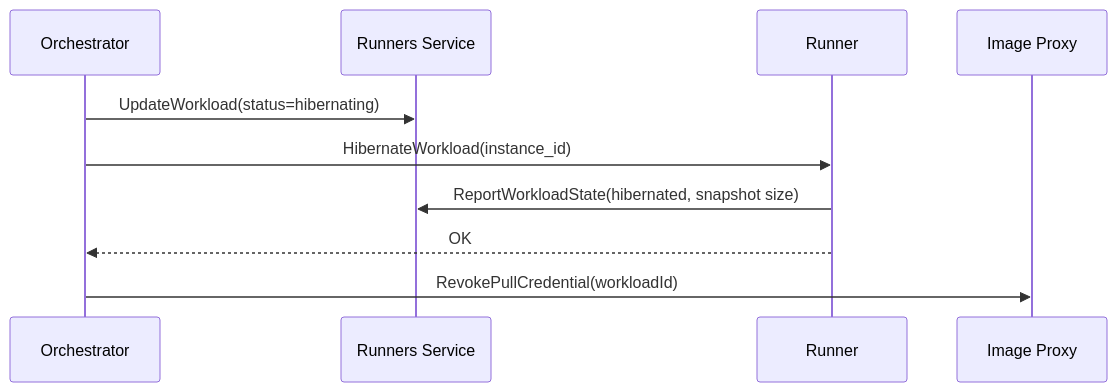
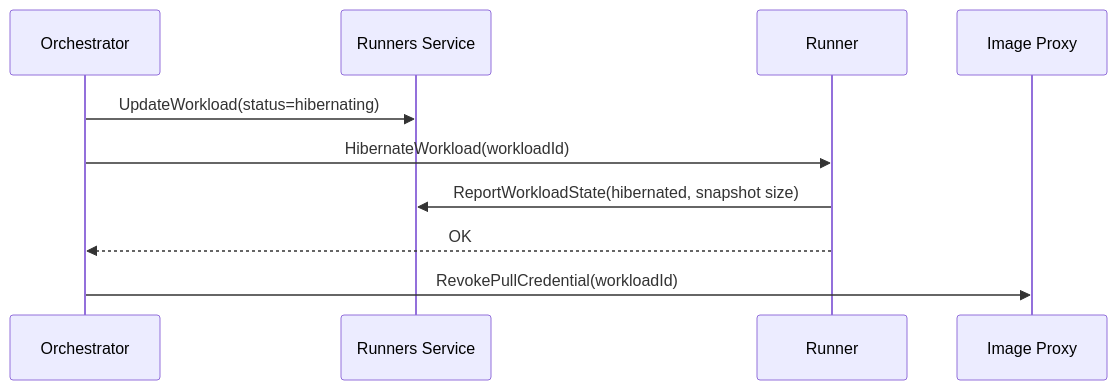
The fourth of 6 diagrams in architecture/agents-orchestrator.md (agynio/architecture), drawn with Mermaid before and after one commit. The commit also changed other lines of this file and 4 other files, not shown here.

````diff
--- a/architecture/agents-orchestrator.md
+++ b/architecture/agents-orchestrator.md
@@ -309,13 +310,13 @@
 ```mermaid
 sequenceDiagram
     participant O as Orchestrator
     participant RS as Runners Service
     participant R as Runner
     participant IP as Image Proxy
 
     O->>RS: UpdateWorkload(status=hibernating)
-    O->>R: HibernateWorkload(instance_id)
+    O->>R: HibernateWorkload(workloadId)
     R->>RS: ReportWorkloadState(hibernated, snapshot size)
     R-->>O: OK
     O->>IP: RevokePullCredential(workloadId)
 ```
````
